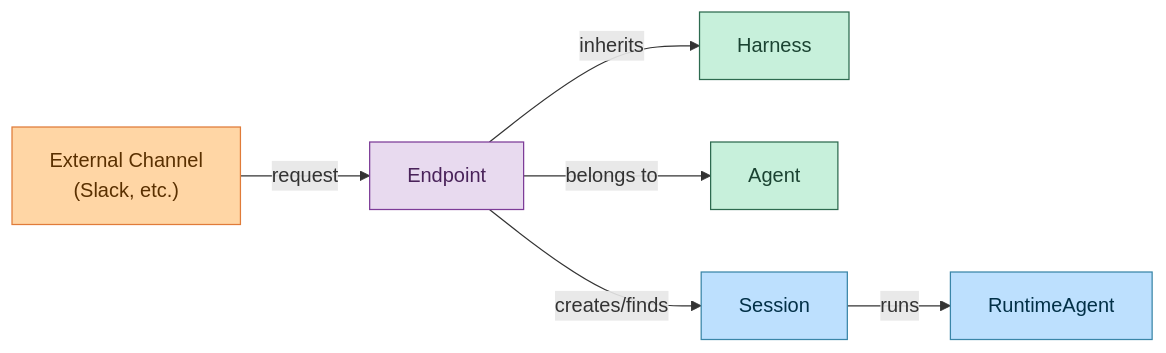
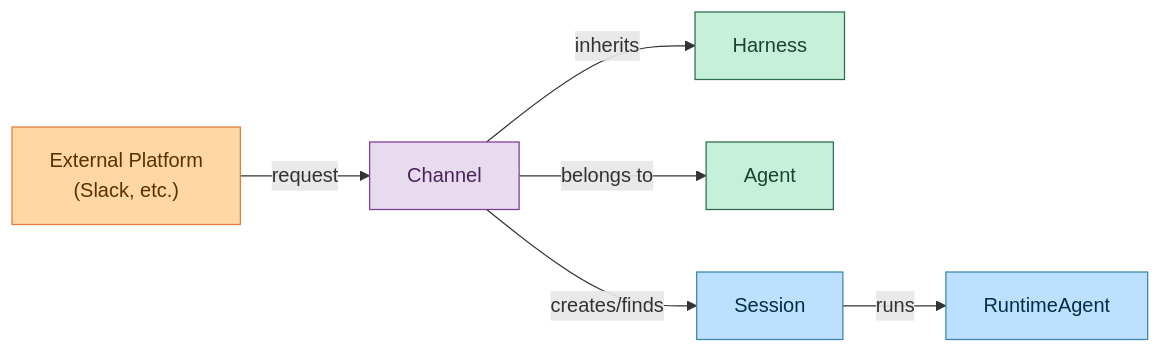
One commit to everruns/everruns changed the diagram in docs/images/apps/architecture.mmd. Above: the diagram before and after it, drawn with Mermaid. The commit also changed 42 other files, not shown here.

First line of the commit message:
chore(knowledge): rename agent Endpoint concept to Channel

```diff
--- a/docs/images/apps/architecture.mmd
+++ b/docs/images/apps/architecture.mmd
@@ -1,16 +1,16 @@
 graph LR
-    Channel["External Channel<br/>(Slack, etc.)"] -->|request| Endpoint
-    Endpoint -->|inherits| Harness
-    Endpoint -->|belongs to| Agent
-    Endpoint -->|creates/finds| Session
+    External["External Platform<br/>(Slack, etc.)"] -->|request| Channel["Channel"]
+    Channel -->|inherits| Harness
+    Channel -->|belongs to| Agent
+    Channel -->|creates/finds| Session
     Session -->|runs| RuntimeAgent
 
     classDef external fill:#ffd6a5,stroke:#e07b39,color:#5a3000
     classDef app fill:#e8daef,stroke:#7d3c98,color:#4a235a
     classDef config fill:#c7f0db,stroke:#2d6a4f,color:#1b4332
     classDef runtime fill:#bde0fe,stroke:#3a86a8,color:#023047
 
-    class Channel external
-    class Endpoint app
+    class External external
+    class Channel app
     class Harness,Agent config
     class Session,RuntimeAgent runtime
```
